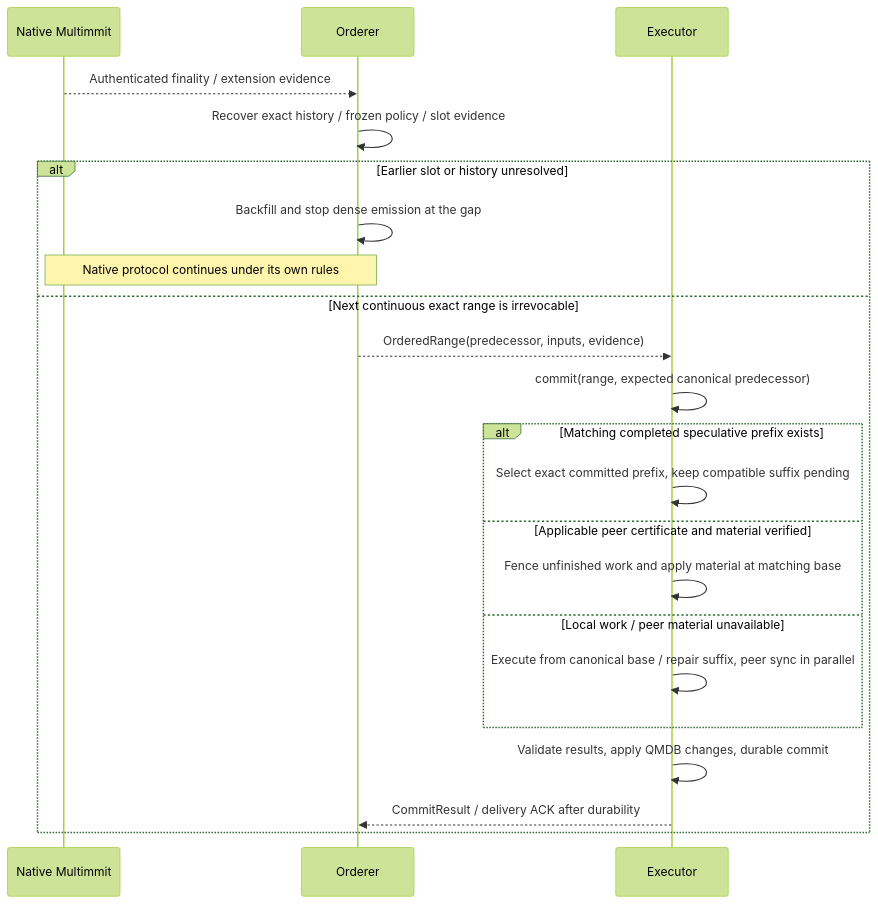
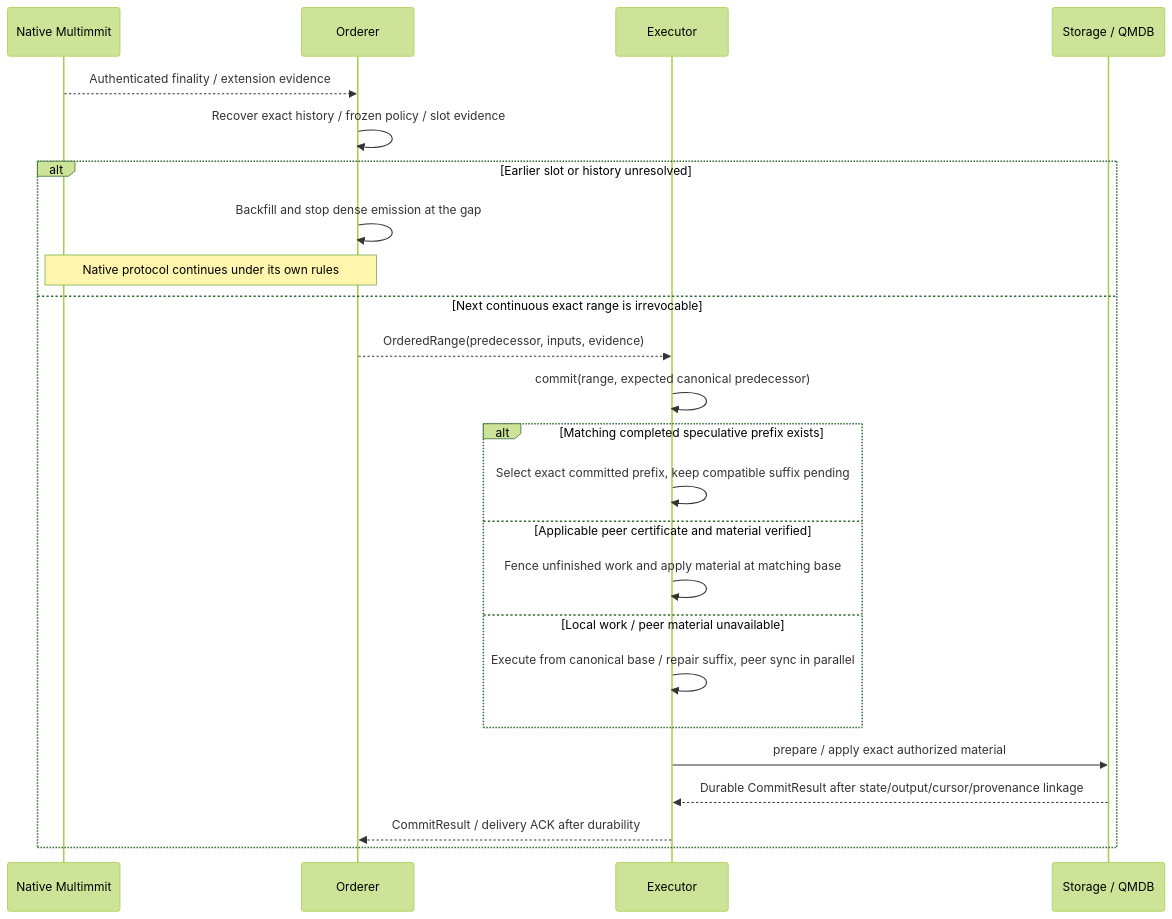
One commit to djm07073/baton-research changed the first of 2 diagrams in docs/e2e/canonical.md. Above: the diagram before and after it, drawn with Mermaid (forest theme). The commit also changed other lines of this file and 405 other files, not shown here.

````diff
--- a/docs/e2e/canonical.md
+++ b/docs/e2e/canonical.md
@@ -7,24 +7,26 @@
 ```mermaid
 sequenceDiagram
     participant N as Native Multimmit
     participant M as Orderer
     participant E as Executor
+    participant S as Storage / QMDB
     N-->>M: Authenticated finality / extension evidence
     M->>M: Recover exact history / frozen policy / slot evidence
     alt Earlier slot or history unresolved
         M->>M: Backfill and stop dense emission at the gap
         Note over N,M: Native protocol continues under its own rules
     else Next continuous exact range is irrevocable
         M-->>E: OrderedRange(predecessor, inputs, evidence)
         E->>E: commit(range, expected canonical predecessor)
         alt Matching completed speculative prefix exists
             E->>E: Select exact committed prefix, keep compatible suffix pending
         else Applicable peer certificate and material verified
             E->>E: Fence unfinished work and apply material at matching base
         else Local work / peer material unavailable
             E->>E: Execute from canonical base / repair suffix, peer sync in parallel
         end
-        E->>E: Validate results, apply QMDB changes, durable commit
+        E->>S: prepare / apply exact authorized material
+        S-->>E: Durable CommitResult after state/output/cursor/provenance linkage
         E-->>M: CommitResult / delivery ACK after durability
     end
 ```
````
